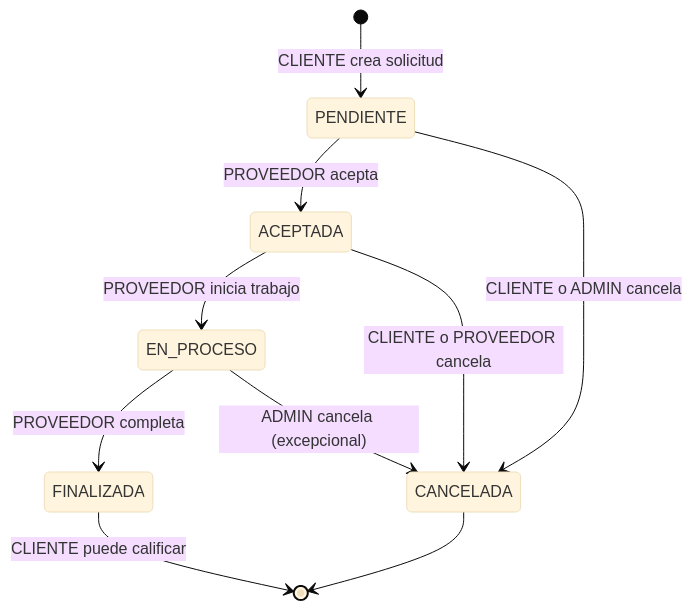
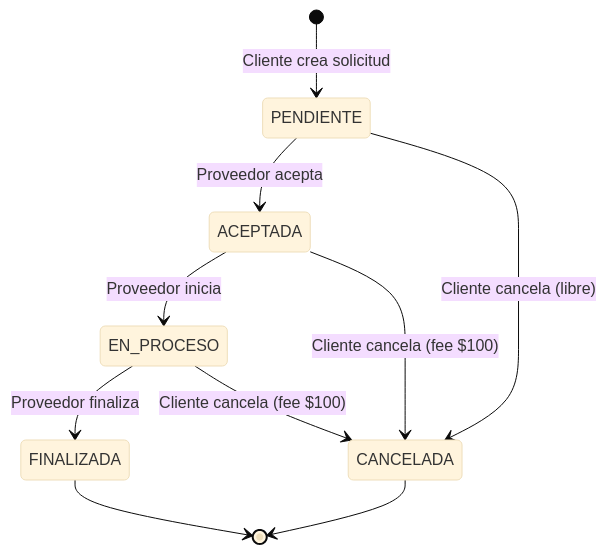
Before and after one commit to CamiloVe218/e7_backend: the third of 4 diagrams in servicios-app/README.md, drawn with Mermaid (base theme). The commit also changed other lines of this file, not shown here.

````diff
--- a/servicios-app/README.md
+++ b/servicios-app/README.md
@@ -193,16 +176,16 @@
 ```mermaid
 stateDiagram-v2
-    [*] --> PENDIENTE : CLIENTE crea solicitud
+    [*] --> PENDIENTE : Cliente crea solicitud
 
-    PENDIENTE --> ACEPTADA : PROVEEDOR acepta
-    PENDIENTE --> CANCELADA : CLIENTE o ADMIN cancela
+    PENDIENTE --> ACEPTADA : Proveedor acepta
+    PENDIENTE --> CANCELADA : Cliente cancela (libre)
 
-    ACEPTADA --> EN_PROCESO : PROVEEDOR inicia trabajo
-    ACEPTADA --> CANCELADA : CLIENTE o PROVEEDOR cancela
+    ACEPTADA --> EN_PROCESO : Proveedor inicia
+    ACEPTADA --> CANCELADA : Cliente cancela (fee $100)
 
-    EN_PROCESO --> FINALIZADA : PROVEEDOR completa
-    EN_PROCESO --> CANCELADA : ADMIN cancela (excepcional)
+    EN_PROCESO --> FINALIZADA : Proveedor finaliza
+    EN_PROCESO --> CANCELADA : Cliente cancela (fee $100)
 
-    FINALIZADA --> [*] : CLIENTE puede calificar
+    FINALIZADA --> [*]
     CANCELADA --> [*]
 ```
````
